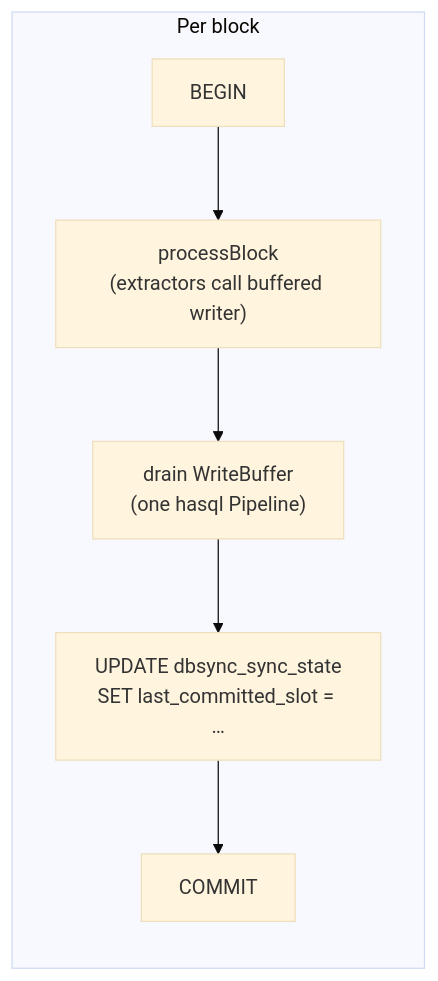
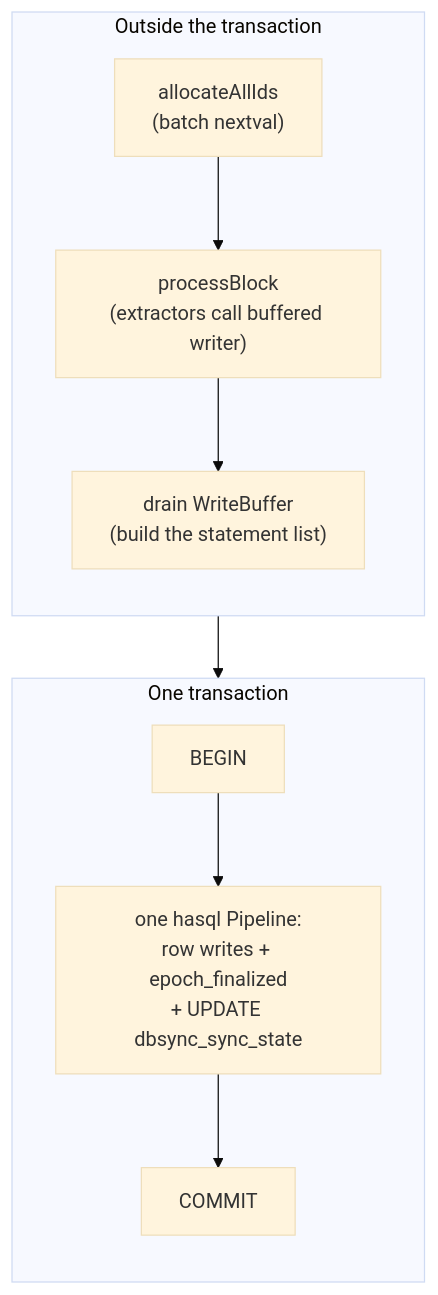
Before and after one commit to input-output-hk/dbsync: the third of 3 diagrams in docs/developers/architecture.md, drawn with Mermaid (base theme). The commit also changed other lines of this file and 83 other files, not shown here.

````diff
--- a/docs/developers/architecture.md
+++ b/docs/developers/architecture.md
@@ -211,12 +227,16 @@
 ```mermaid
 flowchart TB
-    subgraph block["Per block"]
+    subgraph outside["Outside the transaction"]
+      direction TB
+      Alloc["allocateAllIds<br/>(batch nextval)"]
+      Extract["processBlock<br/>(extractors call buffered writer)"]
+      Drain["drain WriteBuffer<br/>(build the statement list)"]
+    end
+    subgraph txn["One transaction"]
       direction TB
       Begin["BEGIN"]
-      Extract["processBlock<br/>(extractors call buffered writer)"]
-      Drain["drain WriteBuffer<br/>(one hasql Pipeline)"]
-      Advance["UPDATE dbsync_sync_state<br/>SET last_committed_slot = …"]
+      Pipe["one hasql Pipeline:<br/>row writes + epoch_finalized<br/>+ UPDATE dbsync_sync_state"]
       Commit["COMMIT"]
     end
-    Begin --> Extract --> Drain --> Advance --> Commit
+    Alloc --> Extract --> Drain --> Begin --> Pipe --> Commit
 ```
````
